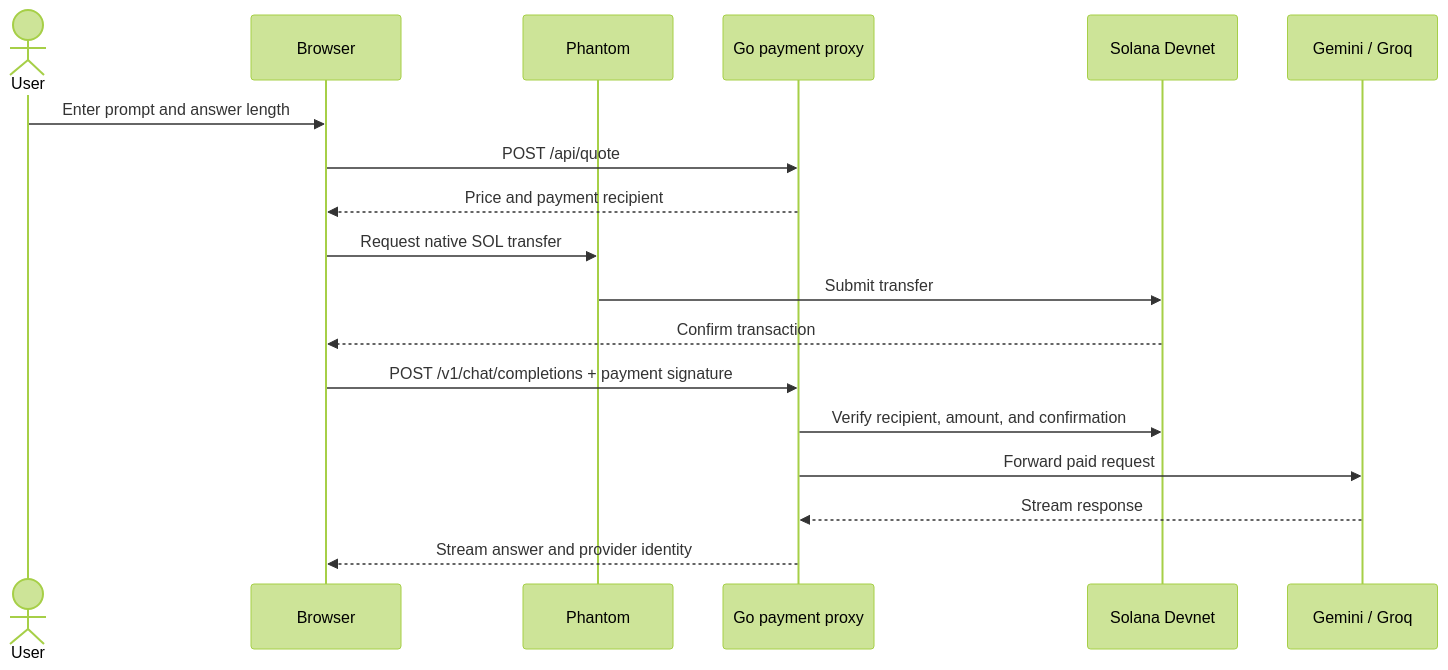
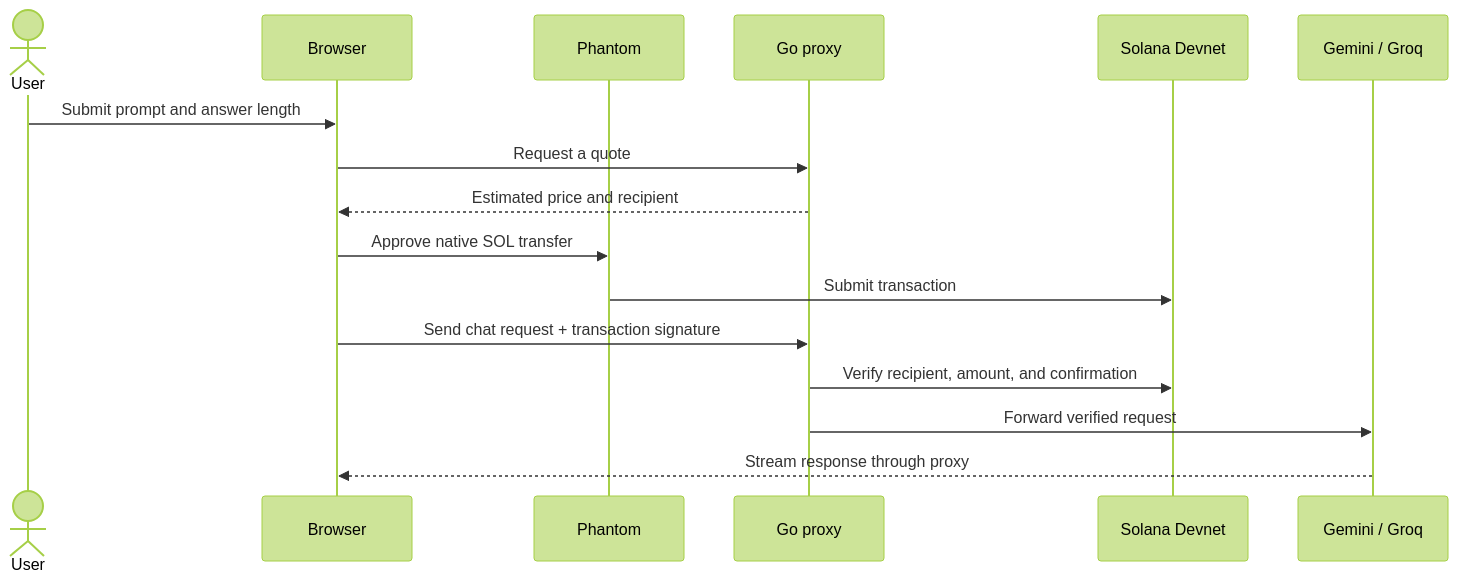
The diagram in README.md (altynbks/promptSOL), drawn with Mermaid (forest theme) before and after one commit. The commit also changed other lines of this file, not shown here.

Commit message:
docs: make PromptSOL README jury-focused

````diff
--- a/README.md
+++ b/README.md
@@ -72,21 +83,19 @@
 ```mermaid
 sequenceDiagram
     actor User
     participant Browser
-    participant Phantom
-    participant Proxy as Go payment proxy
+    participant Wallet as Phantom
+    participant Proxy as Go proxy
     participant Solana as Solana Devnet
     participant AI as Gemini / Groq
 
-    User->>Browser: Enter prompt and answer length
-    Browser->>Proxy: POST /api/quote
-    Proxy-->>Browser: Price and payment recipient
-    Browser->>Phantom: Request native SOL transfer
-    Phantom->>Solana: Submit transfer
-    Solana-->>Browser: Confirm transaction
-    Browser->>Proxy: POST /v1/chat/completions + payment signature
+    User->>Browser: Submit prompt and answer length
+    Browser->>Proxy: Request a quote
+    Proxy-->>Browser: Estimated price and recipient
+    Browser->>Wallet: Approve native SOL transfer
+    Wallet->>Solana: Submit transaction
+    Browser->>Proxy: Send chat request + transaction signature
     Proxy->>Solana: Verify recipient, amount, and confirmation
-    Proxy->>AI: Forward paid request
-    AI-->>Proxy: Stream response
-    Proxy-->>Browser: Stream answer and provider identity
+    Proxy->>AI: Forward verified request
+    AI-->>Browser: Stream response through proxy
 ```
````
